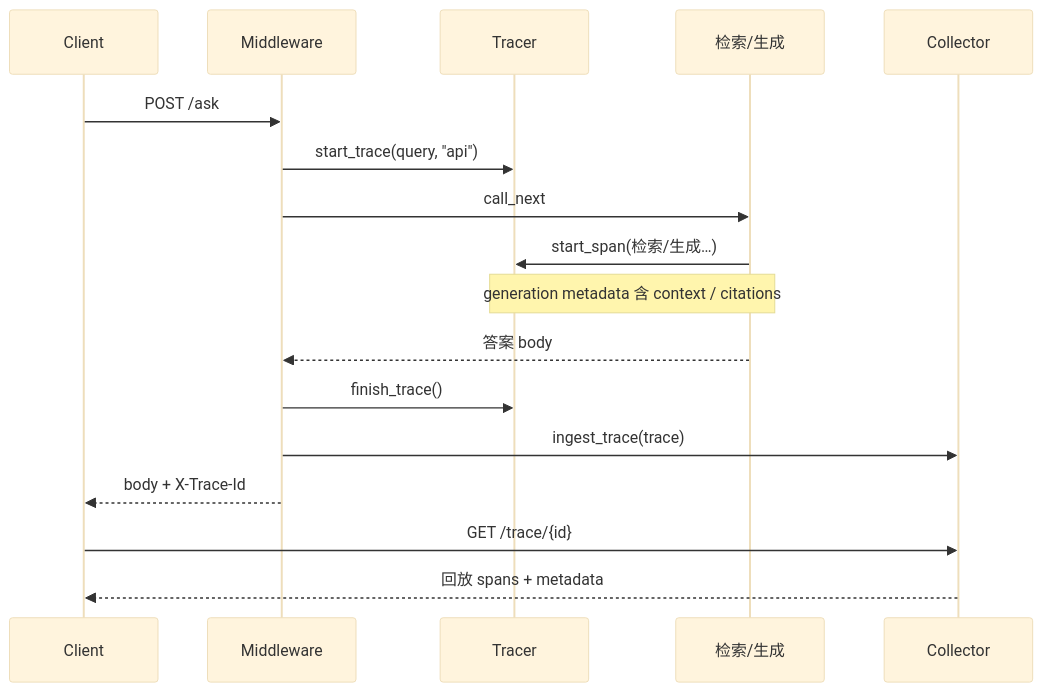
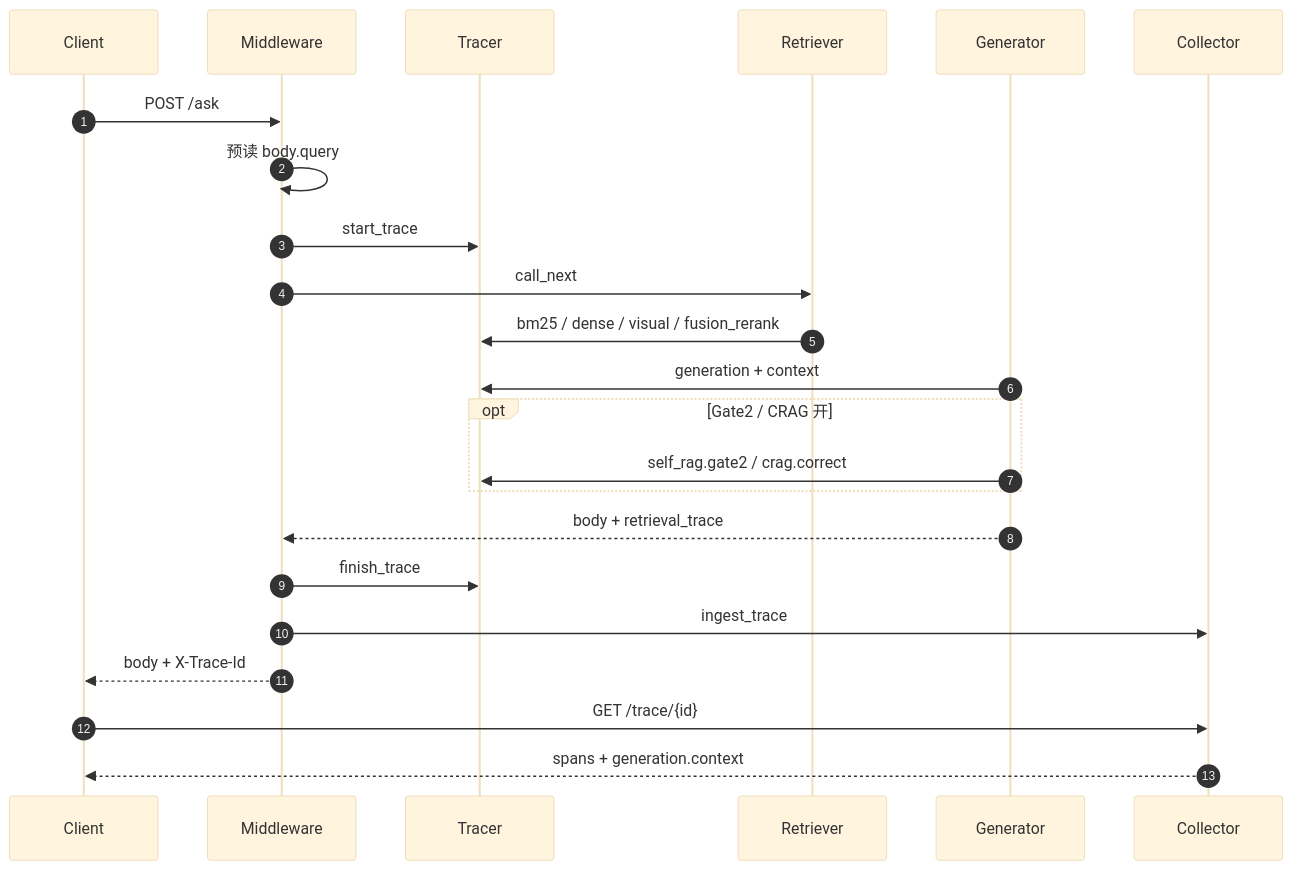
The third of 3 diagrams in docs/architecture/trace.md (zyascend/prism-rag), drawn with Mermaid (base theme) before and after one commit. The commit also changed other lines of this file and 4 other files, not shown here.

First line of the commit message:
docs: 端到端 pipeline 架构图 + ingestion/trace 文档对齐更新 (#43)

````diff
--- a/docs/architecture/trace.md
+++ b/docs/architecture/trace.md
@@ -245,20 +292,26 @@
 ```mermaid
 sequenceDiagram
-  participant C as Client
-  participant M as Middleware
-  participant T as Tracer
-  participant B as 检索/生成
-  participant K as Collector
+    autonumber
+    participant C as Client
+    participant M as Middleware
+    participant T as Tracer
+    participant R as Retriever
+    participant G as Generator
+    participant K as Collector
 
-  C->>M: POST /ask
-  M->>T: start_trace(query, "api")
-  M->>B: call_next
-  B->>T: start_span(检索/生成…)
-  Note over B,T: generation metadata 含 context / citations
-  B-->>M: 答案 body
-  M->>T: finish_trace()
-  M->>K: ingest_trace(trace)
-  M-->>C: body + X-Trace-Id
-  C->>K: GET /trace/{id}
-  K-->>C: 回放 spans + metadata
+    C->>M: POST /ask
+    M->>M: 预读 body.query
+    M->>T: start_trace
+    M->>R: call_next
+    R->>T: bm25 / dense / visual / fusion_rerank
+    G->>T: generation + context
+    opt Gate2 / CRAG 开
+        G->>T: self_rag.gate2 / crag.correct
+    end
+    G-->>M: body + retrieval_trace
+    M->>T: finish_trace
+    M->>K: ingest_trace
+    M-->>C: body + X-Trace-Id
+    C->>K: GET /trace/{id}
+    K-->>C: spans + generation.context
 ```
````
